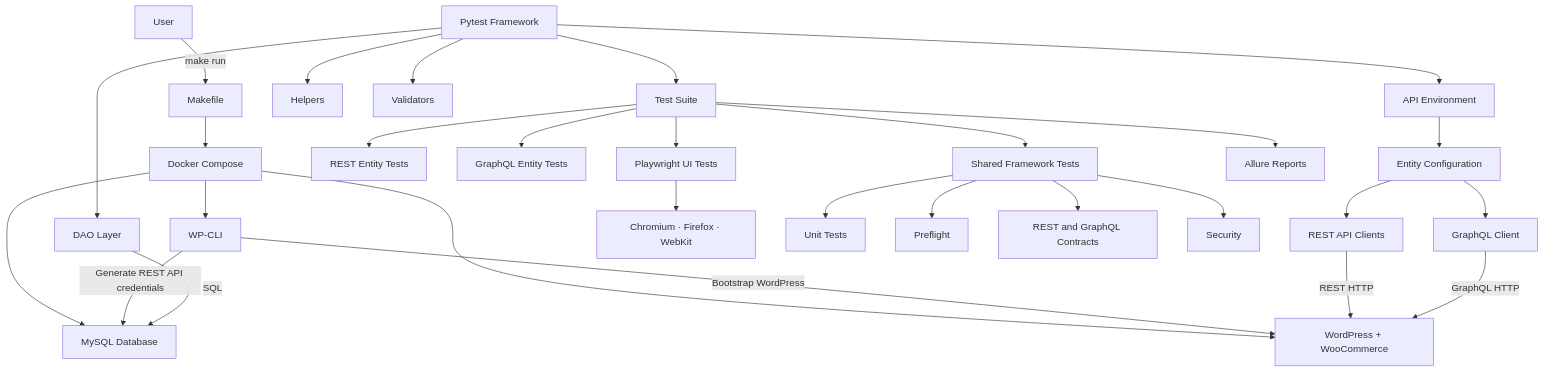
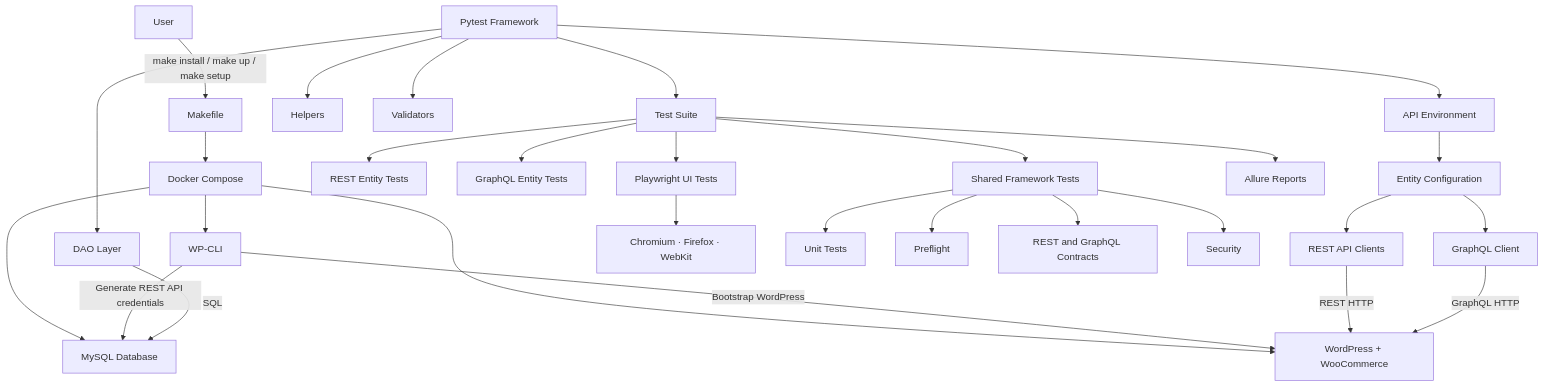
The second of 2 diagrams in README.md (Kwakic/TestingWoocommerceAPI), drawn with Mermaid before and after one commit. The commit also changed other lines of this file and 8 other files, not shown here.

````diff
--- a/README.md
+++ b/README.md
@@ -235,42 +235,42 @@
 ```mermaid
 flowchart TD
 
-    A[User] -->|make run| B[Makefile]
+    A[User] -->|make install / make up / make setup| B[Makefile]
     B --> C[Docker Compose]
 
     C --> D[MySQL Database]
     C --> E[WordPress + WooCommerce]
     C --> F[WP-CLI]
 
     F -->|Bootstrap WordPress| E
     F -->|Generate REST API credentials| D
 
     G[Pytest Framework] --> N[API Environment]
     N --> O[Entity Configuration]
 
     O --> H[REST API Clients]
     O --> Q[GraphQL Client]
 
     G --> I[Helpers]
     G --> J[Validators]
     G --> K[DAO Layer]
 
     H -->|REST HTTP| E
     Q -->|GraphQL HTTP| E
     K -->|SQL| D
 
     G --> L[Test Suite]
 
     L --> R[REST Entity Tests]
     L --> S[GraphQL Entity Tests]
     L --> W[Playwright UI Tests]
     W --> X[Chromium · Firefox · WebKit]
 
     L --> T[Shared Framework Tests]
     T --> U[Unit Tests]
     T --> V[Preflight]
     T --> AA[REST and GraphQL Contracts]
     T --> AB[Security]
 
     L --> M[Allure Reports]
 ```
````
